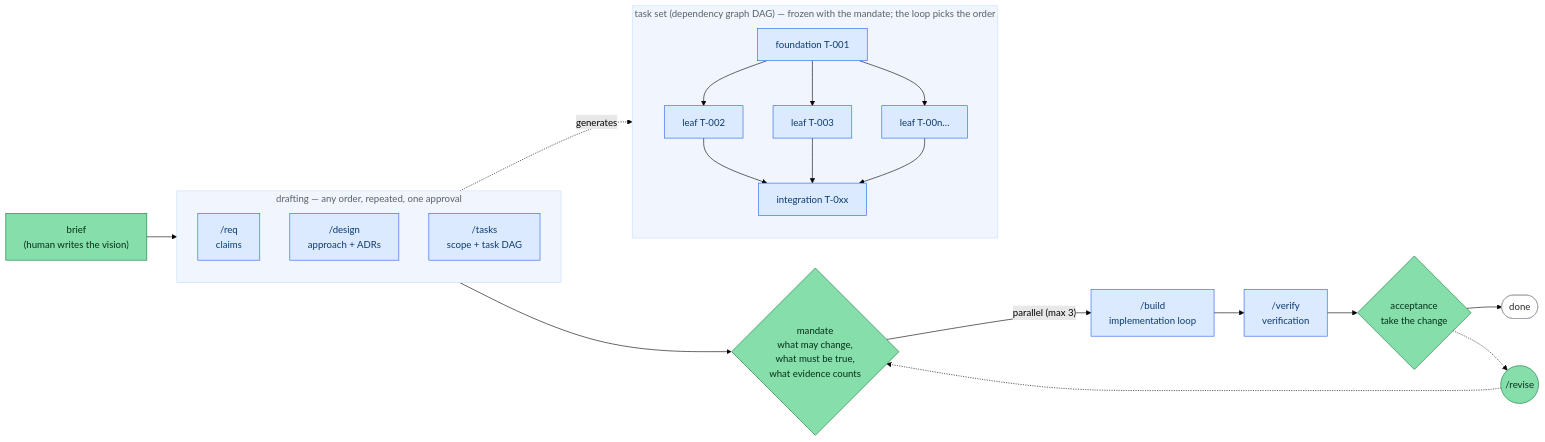
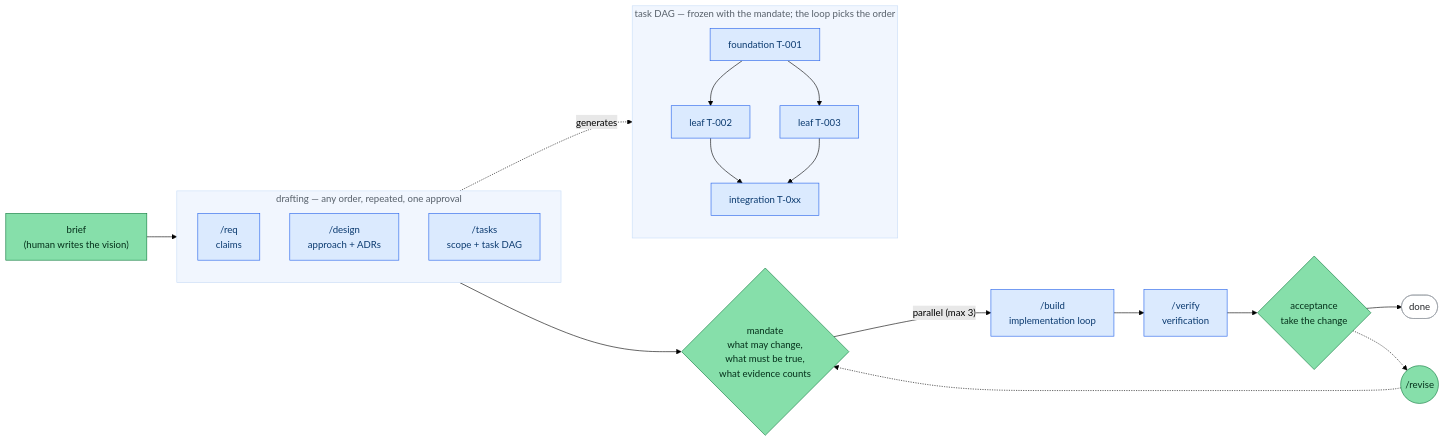
One commit to komoroko/loose-rein-kit changed the diagram in README.md. Above: the diagram before and after it, drawn with Mermaid (forest theme). The commit also changed other lines of this file and 5 other files, not shown here.

````diff
--- a/README.md
+++ b/README.md
@@ -16,47 +18,44 @@
 ```mermaid
 flowchart LR
     brief["brief<br/>(human writes the vision)"]:::human
 
     subgraph DRAFT["drafting — any order, repeated, one approval"]
         direction TB
         req["/req<br/>claims"]:::agent
         design["/design<br/>approach + ADRs"]:::agent
         tasks["/tasks<br/>scope + task DAG"]:::agent
     end
 
     g1{"mandate<br/>what may change,<br/>what must be true,<br/>what evidence counts"}:::human
     build["/build<br/>implementation loop"]:::agent
     verify["/verify<br/>verification"]:::agent
     g2{"acceptance<br/>take the change"}:::human
     done(["done"])
 
-    subgraph TASKS["task set (dependency graph DAG) — frozen with the mandate; the loop picks the order"]
+    subgraph TASKS["task DAG — frozen with the mandate; the loop picks the order"]
         direction TB
         T1["foundation T-001"]:::agent
         T2["leaf T-002"]:::agent
         T3["leaf T-003"]:::agent
-        Tn["leaf T-00n…"]:::agent
         TI["integration T-0xx"]:::agent
         T1 --> T2
         T1 --> T3
-        T1 --> Tn
         T2 --> TI
         T3 --> TI
-        Tn --> TI
     end
 
     brief --> DRAFT --> g1
     g1 -->|"parallel (max 3)"| build
     tasks -.->|generates| T1
     build --> verify --> g2 --> done
 
     RV(("/revise")):::human
     g2 -.-> RV
     RV -.-> g1
 
     classDef agent fill:#dbeafe,stroke:#2563eb,color:#0b3a6f;
     classDef human fill:#86dfaa,stroke:#0f7a3d,color:#04301a;
     style DRAFT fill:#f1f6fe,stroke:#c9ddf7,color:#57606a;
     style TASKS fill:#f1f6fe,stroke:#c9ddf7,color:#57606a;
     style done fill:#ffffff,stroke:#9aa0a6,color:#26282b;
 ```
````
